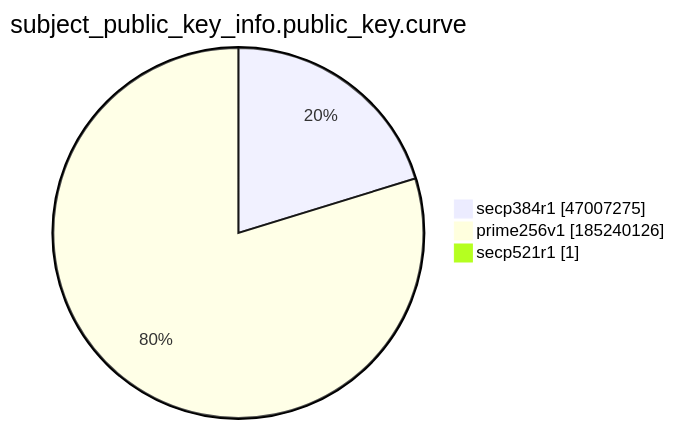
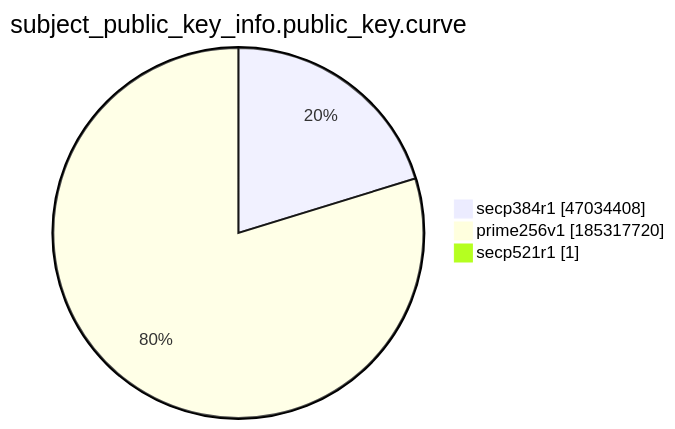
One commit to christiankrug/ctmonitor_visualization changed the ninth of 15 diagrams in xenon2022/README.md. Above: the diagram before and after it, drawn with Mermaid. The commit also changed other lines of this file, not shown here.

````diff
--- a/xenon2022/README.md
+++ b/xenon2022/README.md
@@ -2874,7 +2874,7 @@
 ```mermaid
 pie showData
 title subject_public_key_info.public_key.curve
-"secp384r1" :47007275
-"prime256v1" :185240126
+"secp384r1" :47034408
+"prime256v1" :185317720
 "secp521r1" :1
 ```
````
